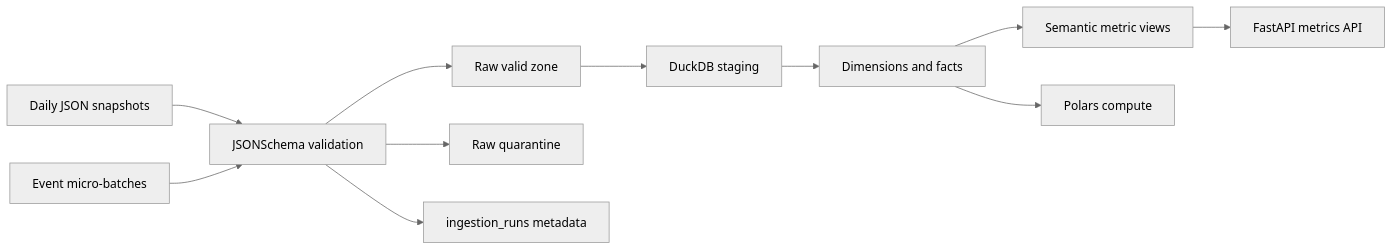
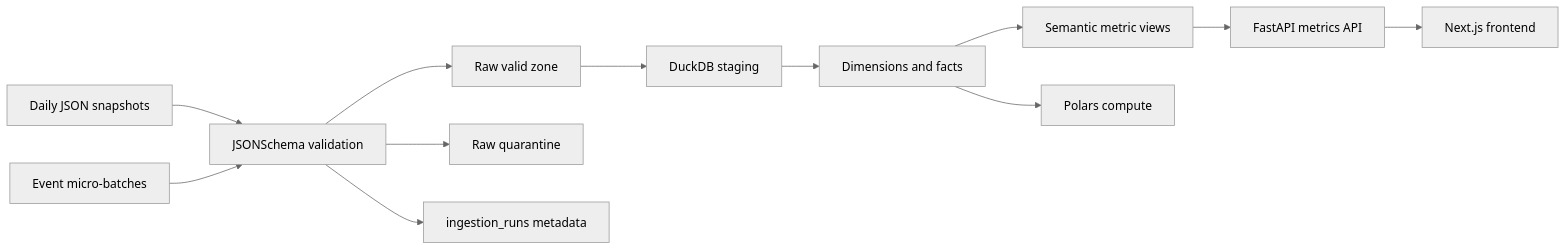
Before and after one commit to troyclarke69/mini-faire: the diagram in README.md, drawn with Mermaid (neutral theme). The commit also changed other lines of this file and 50 other files, not shown here.

````diff
--- a/README.md
+++ b/README.md
@@ -47,13 +47,14 @@
 ```mermaid
 flowchart LR
   batch["Daily JSON snapshots"] --> validate["JSONSchema validation"]
   events["Event micro-batches"] --> validate
   validate --> valid["Raw valid zone"]
   validate --> quarantine["Raw quarantine"]
   validate --> metadata["ingestion_runs metadata"]
   valid --> staging["DuckDB staging"]
   staging --> warehouse["Dimensions and facts"]
   warehouse --> metrics["Semantic metric views"]
   warehouse --> polars["Polars compute"]
   metrics --> api["FastAPI metrics API"]
+  api --> frontend["Next.js frontend"]
 ```
````
